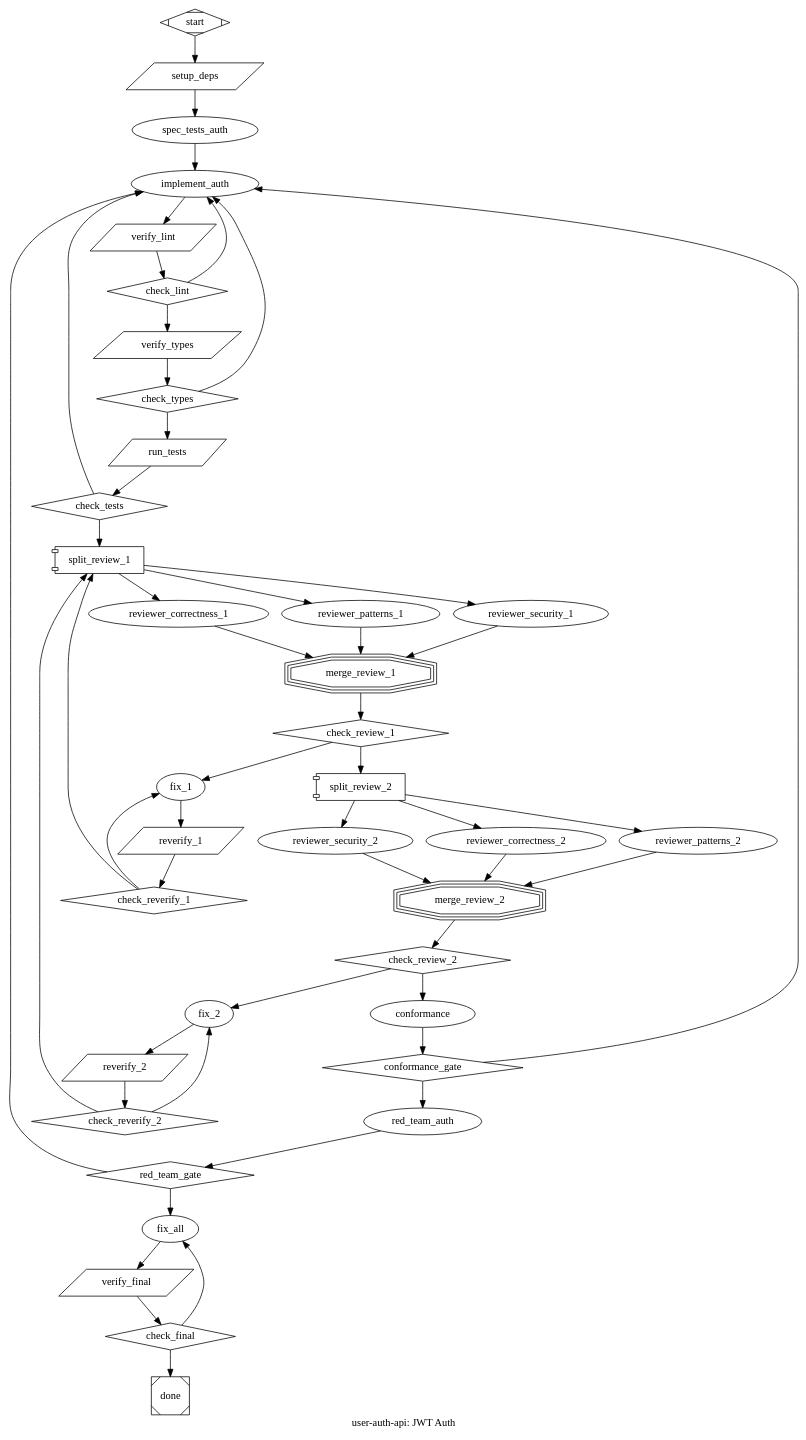
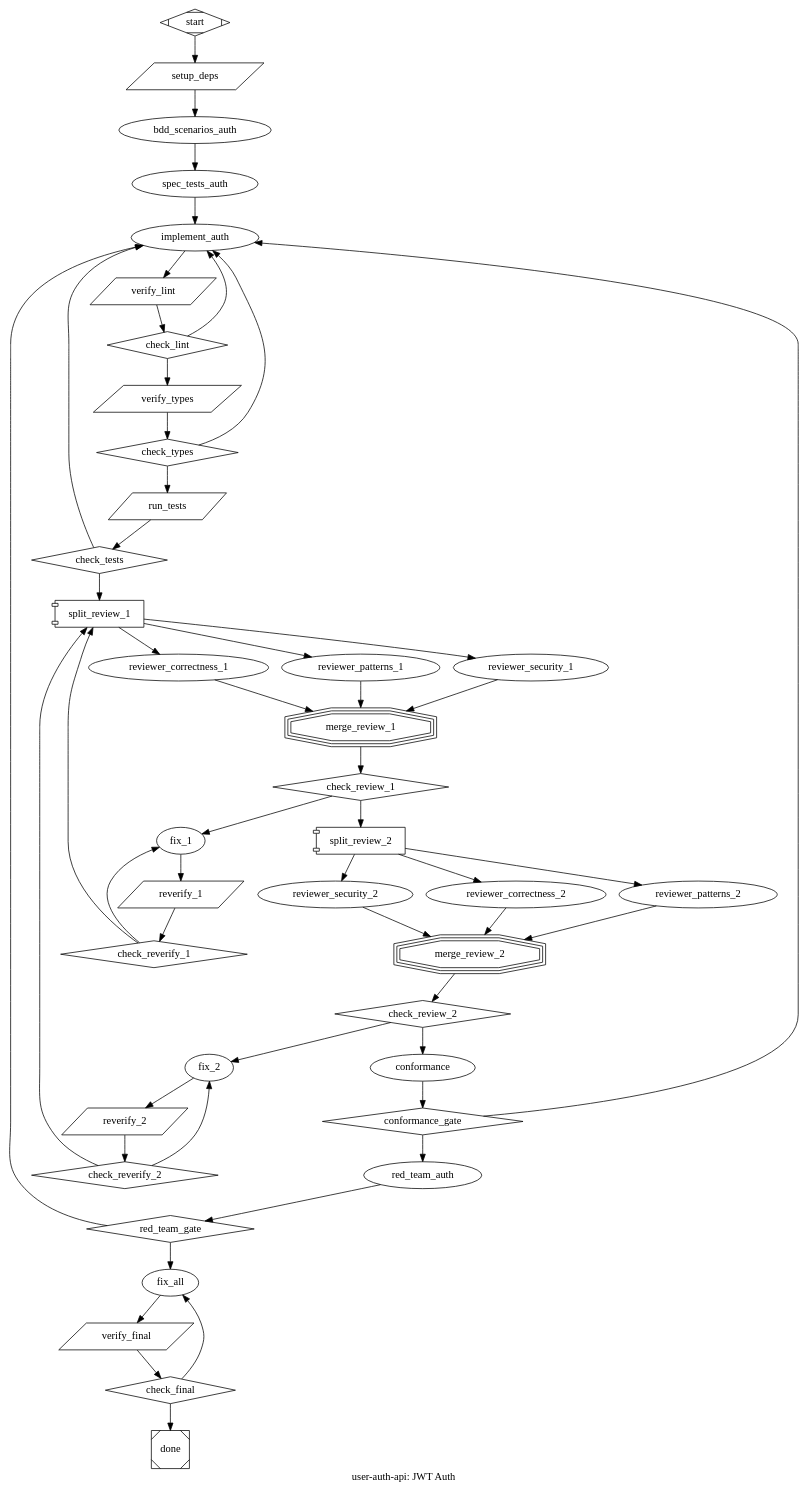
Before and after one commit to aidesigner/pickle-rick-claude: the third of 3 diagrams in .claude/commands/pickle-dot.md, drawn with Graphviz. The commit also changed other lines of this file and 4 other files, not shown here.

First line of the commit message:
feat: 5-layer quality gate support in /pickle-dot + test fixes

```diff
--- a/.claude/commands/pickle-dot.md
+++ b/.claude/commands/pickle-dot.md
@@ -167,12 +191,21 @@
     retry_target = "fix_all"
     acceptance_criteria = "context.tests_pass=true && context.lint_status=passing && context.typecheck_status=passing"
     model_stylesheet = "* { llm_model: claude-sonnet-4-6; } .critical { llm_model: claude-opus-4-6; reasoning_effort: high; } .review { llm_model: claude-opus-4-6; }"
+    spec_file = "/repos/my-api/prd.md"
+
+    // Defense Matrix:
+    //   Layer 1 (Competitive):  NO — single-phase, no competing impls
+    //   Layer 2 (Guardrails):   YES — lint → typecheck → test → audit
+    //   Layer 3 (Spec-Driven):  YES — spec_file, BDD contracts, conformance
+    //   Layer 4 (Permissions):  YES — allowed_paths on impl nodes
+    //   Layer 5 (Adversarial):  YES — multi-model review, red team, scope check
 
     start [shape=Mdiamond]
     setup_deps [shape=parallelogram, tool_command="cd ${WORKING_DIR} && npm install 2>&1", timeout="120s"]
 
-    spec_tests_auth [class="review", prompt="Write failing tests for JWT auth. Cover: middleware rejects missing/expired/malformed tokens, login returns token on valid creds, 1h expiry, refresh rotation, bcrypt hashing, OWASP patterns. Run to confirm FAIL. Do NOT write production code.", goal_gate=true, retry_target="spec_tests_auth", max_visits=5]
-    implement_auth [goal_gate=true, retry_target="implement_auth", prompt="Make all failing auth tests pass. Do NOT modify test files. JWT middleware + login endpoint. 1h expiry, refresh rotation, bcrypt. OWASP patterns.", max_visits=8]
+    bdd_scenarios_auth [class="review", prompt="Read the spec file at $spec_file. For each JWT auth requirement, generate BDD scenarios in Given/When/Then format: token validation (missing, expired, malformed), login flow, refresh rotation, bcrypt hashing, OWASP patterns. Output as executable test descriptions. Do NOT implement — only define the behavioral contracts."]
+    spec_tests_auth [class="review", prompt="Read the BDD scenarios from the previous node's output. Write failing test cases that verify each scenario. Run them to confirm they fail. Do NOT write production code.", goal_gate=true, retry_target="spec_tests_auth", max_visits=5]
+    implement_auth [goal_gate=true, retry_target="implement_auth", prompt="Make all failing auth tests pass. Do NOT modify test files. JWT middleware + login endpoint. 1h expiry, refresh rotation, bcrypt. OWASP patterns.", allowed_paths="src/auth/*, src/middleware/*, tests/auth/*", escalate_on="package.json, package-lock.json, .env*, prisma/schema.prisma", max_visits=8]
 
     verify_lint [shape=parallelogram, tool_command="cd ${WORKING_DIR} && npm run lint 2>&1", max_visits=3]
     check_lint [shape=diamond]
@@ -188,7 +221,7 @@
     reviewer_security_1 [class="review", prompt="Security ONLY: token forgery, timing attacks, algorithm confusion, secrets exposure. List with file:line."]
     merge_review_1 [shape=tripleoctagon, class="review", prompt="Consolidate. BLOCKER or ADVISORY. CLEAN or DIRTY."]
     check_review_1 [shape=diamond]
-    fix_1 [prompt="Fix all BLOCKERs. Also simplify: redundant logic, duplication, naming. Do NOT modify test files.", max_visits=5]
+    fix_1 [prompt="Fix all BLOCKERs. Also simplify: redundant logic, duplication, naming. Do NOT modify test files.", allowed_paths="src/auth/*, src/middleware/*", escalate_on="package.json, package-lock.json, .env*", max_visits=5]
     reverify_1 [shape=parallelogram, tool_command="cd ${WORKING_DIR} && npm run lint 2>&1 && npx tsc --noEmit 2>&1 && npm test 2>&1"]
     check_reverify_1 [shape=diamond]
 
@@ -198,17 +231,17 @@
     reviewer_security_2 [class="review", prompt="Fresh security review of ALL code — assume nothing. All OWASP vectors. List with file:line."]
     merge_review_2 [shape=tripleoctagon, class="review", prompt="Consolidate. BLOCKER or ADVISORY. CLEAN or DIRTY."]
     check_review_2 [shape=diamond]
-    fix_2 [prompt="Fix all BLOCKERs. Also simplify. Do NOT modify test files.", max_visits=5]
+    fix_2 [prompt="Fix all BLOCKERs. Also simplify. Do NOT modify test files.", allowed_paths="src/auth/*, src/middleware/*", escalate_on="package.json, package-lock.json, .env*", max_visits=5]
     reverify_2 [shape=parallelogram, tool_command="cd ${WORKING_DIR} && npm run lint 2>&1 && npx tsc --noEmit 2>&1 && npm test 2>&1"]
     check_reverify_2 [shape=diamond]
 
-    conformance [class="review", goal_gate=true, retry_target="implement_auth", prompt="Conformance audit: verify git diff addresses ALL requirements. Output PASS or FAIL with unmet requirements."]
+    conformance [class="review", goal_gate=true, retry_target="implement_auth", prompt="Conformance audit: read the spec file at $spec_file. Compare every requirement against the current git diff. Verify: 1) Every requirement has a corresponding code change. 2) Acceptance criteria are testable and tested. 3) No requirements silently dropped. Output PASS or FAIL with unmet requirements."]
     conformance_gate [shape=diamond]
 
     red_team_auth [class="review", prompt="Adversarial audit: token forgery, expired replay, refresh reuse, injection, timing attacks, algorithm confusion. Write repro tests. Output PASS or FAIL.", goal_gate=true, retry_target="implement_auth"]
     red_team_gate [shape=diamond]
 
-    fix_all [prompt="Fix ALL remaining issues across the entire codebase. Run: 1) npx eslint src/ --fix 2>&1. 2) npx tsc --noEmit 2>&1. 3) npm test 2>&1. Iterate until all pass. Do NOT skip errors.", permission_mode="bypassPermissions", max_visits=5]
+    fix_all [prompt="Fix ALL remaining issues across the entire codebase. Run: 1) npx eslint src/ --fix 2>&1. 2) npx tsc --noEmit 2>&1. 3) npm test 2>&1. Iterate until all pass. Do NOT skip errors.", permission_mode="bypassPermissions", allowed_paths="src/*, tests/*", escalate_on="package.json, package-lock.json, .env*, prisma/schema.prisma", max_visits=5]
 
     verify_final [shape=parallelogram,
         tool_command="cd ${WORKING_DIR} && npx eslint src/ --max-warnings=-1 2>&1 && npx tsc --noEmit 2>&1 && npm test 2>&1",
@@ -219,7 +252,7 @@
     done [shape=Msquare]
 
     // Edges
-    start -> setup_deps -> spec_tests_auth -> implement_auth
+    start -> setup_deps -> bdd_scenarios_auth -> spec_tests_auth -> implement_auth
     implement_auth -> verify_lint -> check_lint
     check_lint -> verify_types [condition="outcome=success", weight=2]
     check_lint -> implement_auth [condition="outcome=fail"]
```
